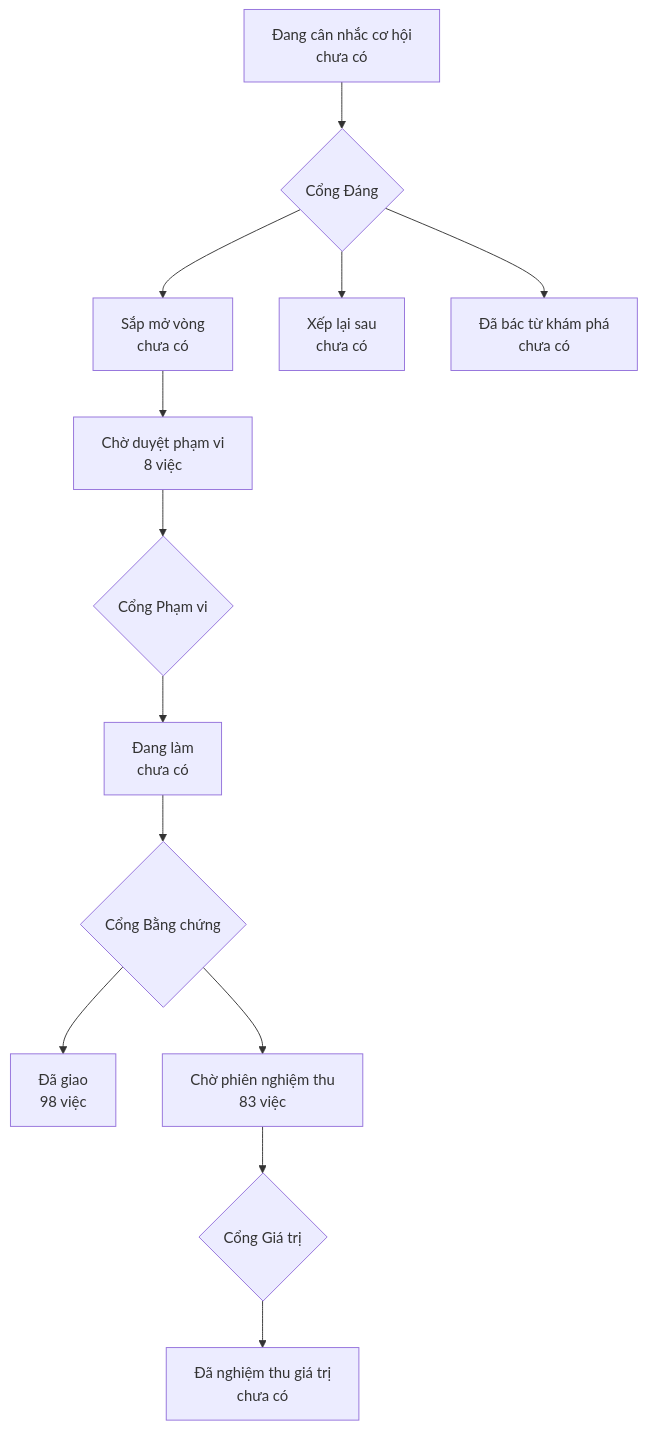
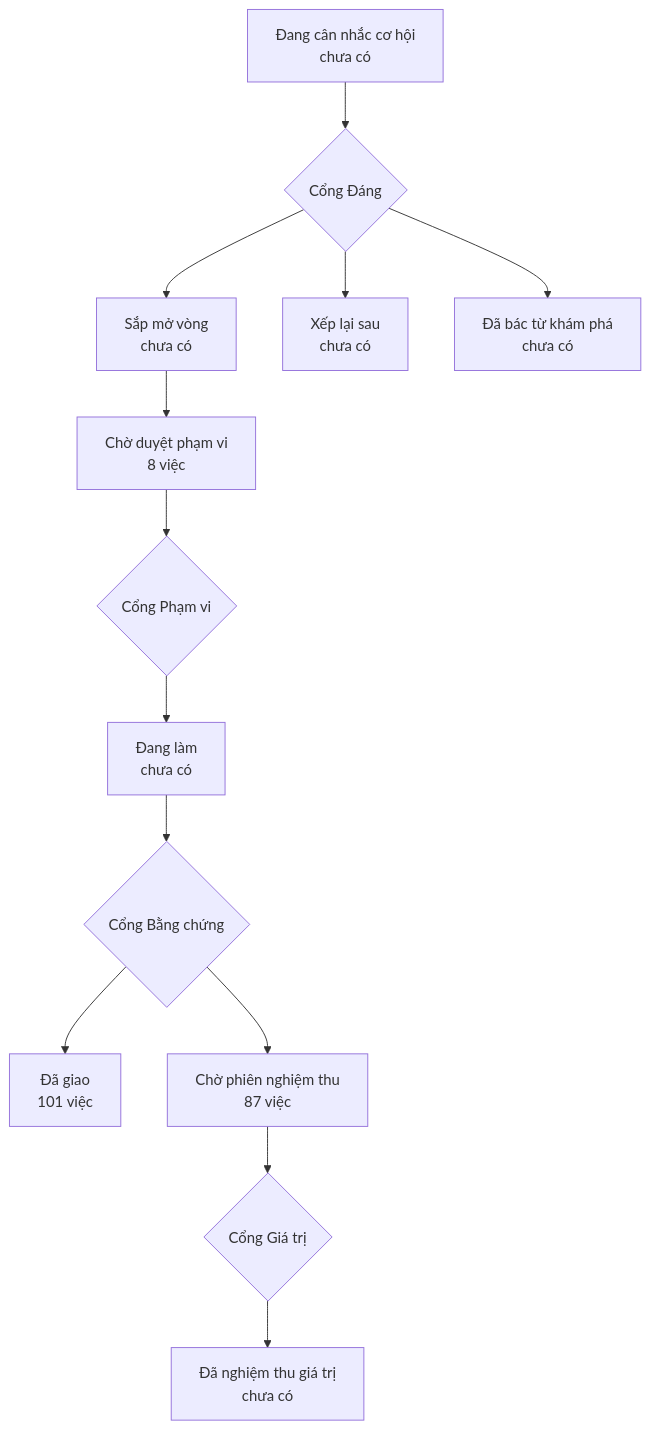
The diagram in PRODUCT-MAP.md (phanlemanh/onehub-invest), drawn with Mermaid before and after one commit. The commit also changed other lines of this file and 1 other file, not shown here.

````diff
--- a/PRODUCT-MAP.md
+++ b/PRODUCT-MAP.md
@@ -7,12 +7,12 @@
 ```mermaid
 flowchart TD
   A["Đang cân nhắc cơ hội<br/>chưa có"] --> GD{"Cổng Đáng"}
   GD --> B["Sắp mở vòng<br/>chưa có"]
   GD --> XL["Xếp lại sau<br/>chưa có"]
   GD --> DB["Đã bác từ khám phá<br/>chưa có"]
   B --> CD["Chờ duyệt phạm vi<br/>8 việc"] --> GP{"Cổng Phạm vi"}
   GP --> DL["Đang làm<br/>chưa có"] --> GB{"Cổng Bằng chứng"}
-  GB --> DG["Đã giao<br/>98 việc"]
-  GB --> CN["Chờ phiên nghiệm thu<br/>83 việc"] --> GG{"Cổng Giá trị"}
+  GB --> DG["Đã giao<br/>101 việc"]
+  GB --> CN["Chờ phiên nghiệm thu<br/>87 việc"] --> GG{"Cổng Giá trị"}
   GG --> NT["Đã nghiệm thu giá trị<br/>chưa có"]
 ```
````
